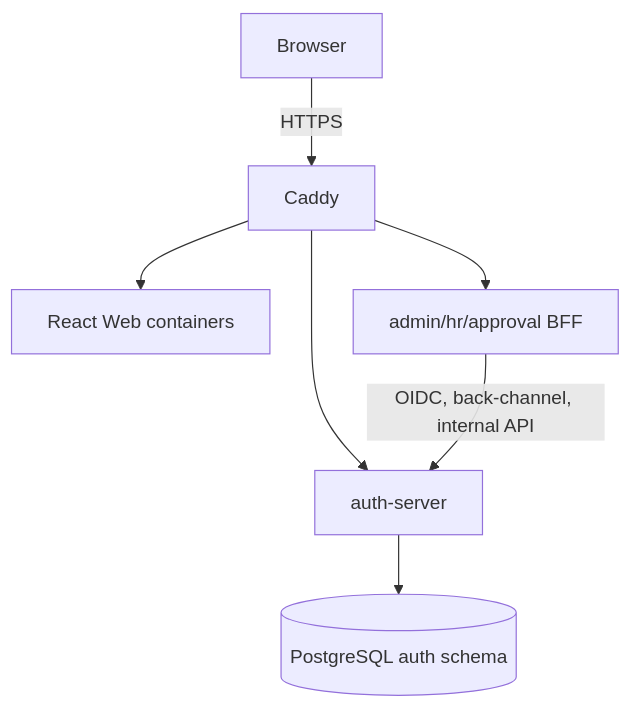
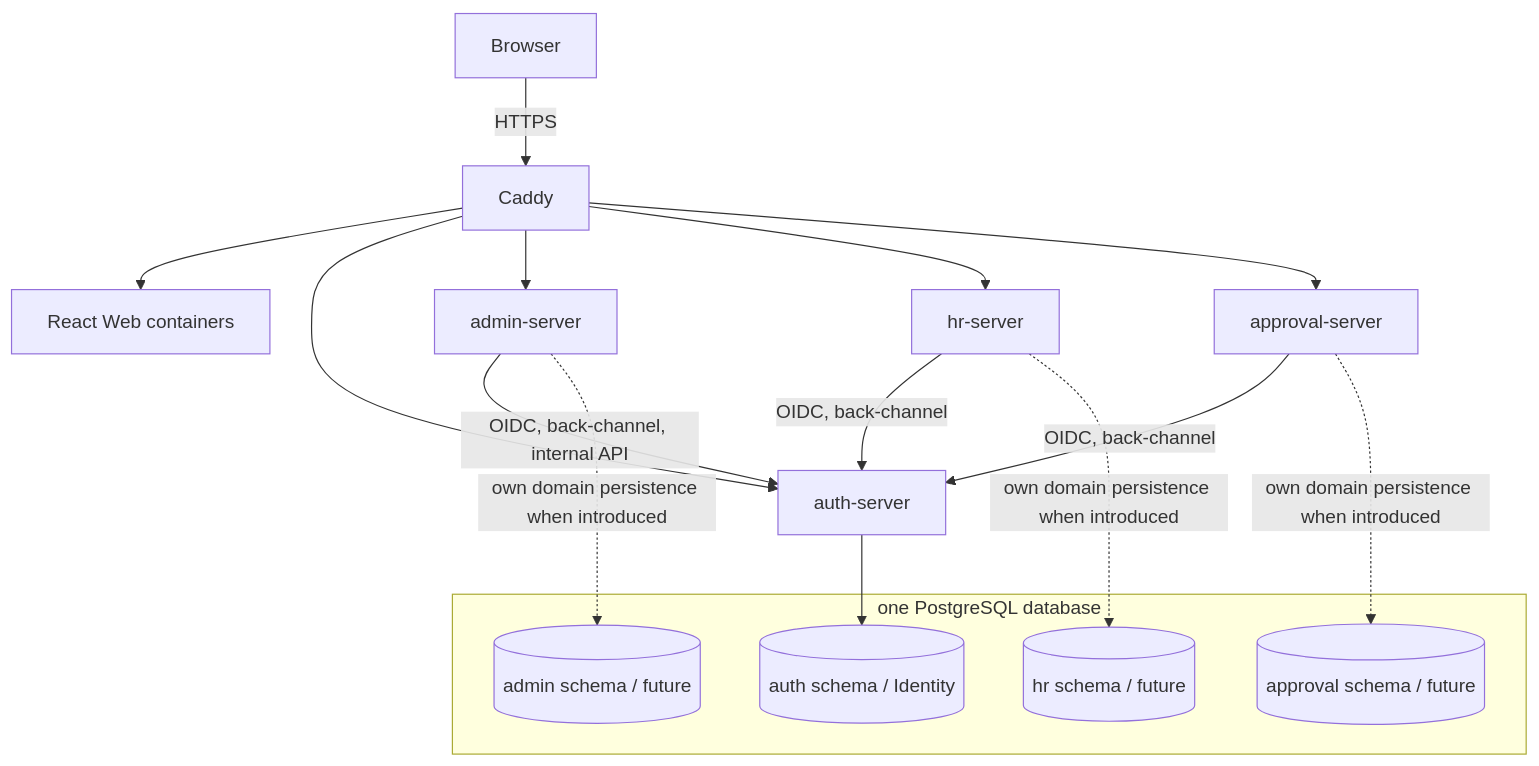
The diagram in docs/ARCHITECTURE.md (relate16/sso-lab), drawn with Mermaid before and after one commit. The commit also changed other lines of this file and 4 other files, not shown here.

Commit message:
refactor: allow service-owned database schemas

````diff
--- a/docs/ARCHITECTURE.md
+++ b/docs/ARCHITECTURE.md
@@ -5,9 +5,22 @@
 ```mermaid
 flowchart TB
   Browser -->|HTTPS| Caddy
   Caddy --> Web[React Web containers]
   Caddy --> Auth[auth-server]
-  Caddy --> BFF[admin/hr/approval BFF]
-  BFF -->|OIDC, back-channel, internal API| Auth
-  Auth --> Identity[(PostgreSQL auth schema)]
+  Caddy --> AdminBFF[admin-server]
+  Caddy --> HrBFF[hr-server]
+  Caddy --> ApprovalBFF[approval-server]
+  AdminBFF -->|OIDC, back-channel, internal API| Auth
+  HrBFF -->|OIDC, back-channel| Auth
+  ApprovalBFF -->|OIDC, back-channel| Auth
+  subgraph PostgreSQL[one PostgreSQL database]
+    Identity[(auth schema / Identity)]
+    HrSchema[(hr schema / future)]
+    AdminSchema[(admin schema / future)]
+    ApprovalSchema[(approval schema / future)]
+  end
+  Auth --> Identity
+  HrBFF -. own domain persistence when introduced .-> HrSchema
+  AdminBFF -. own domain persistence when introduced .-> AdminSchema
+  ApprovalBFF -. own domain persistence when introduced .-> ApprovalSchema
 ```
````
